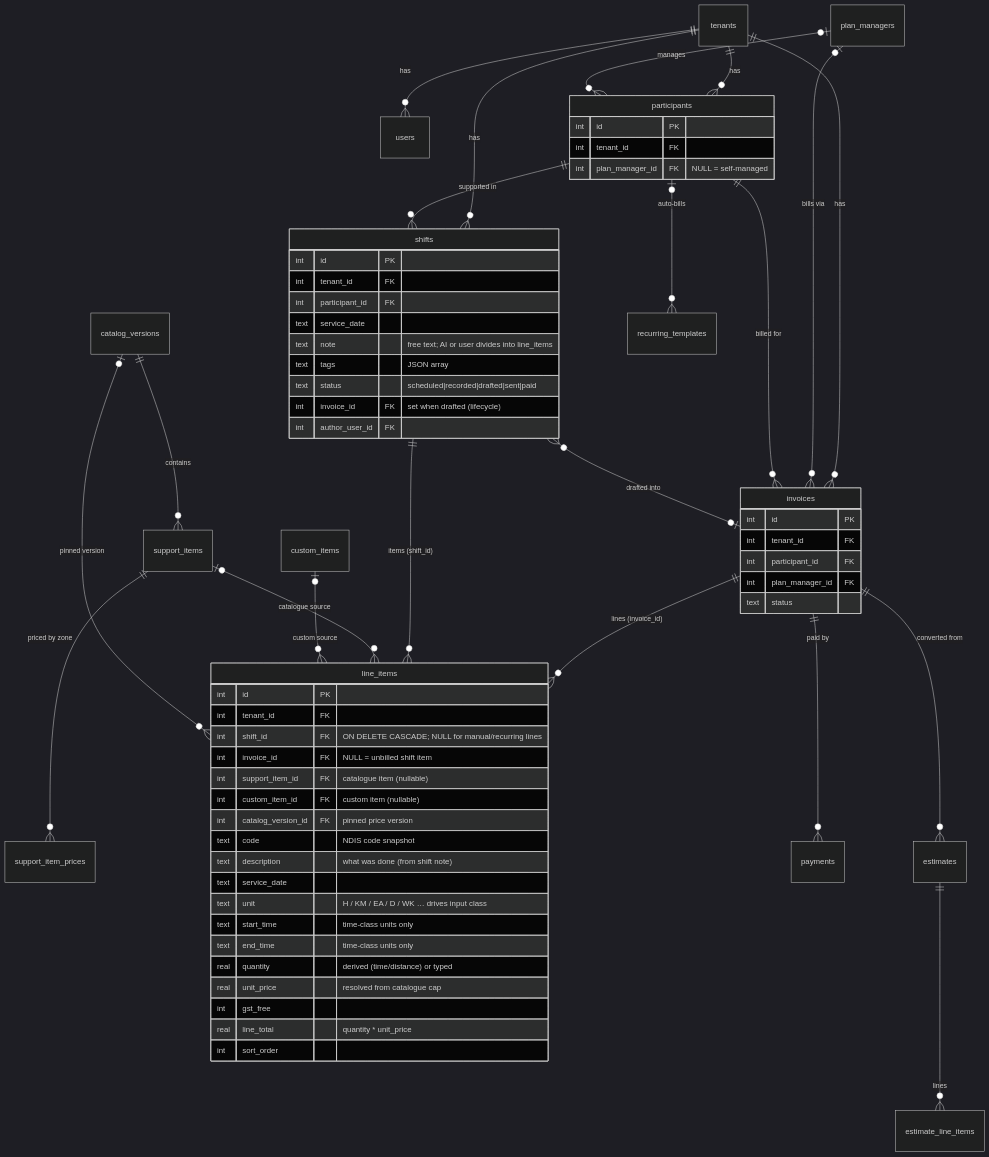
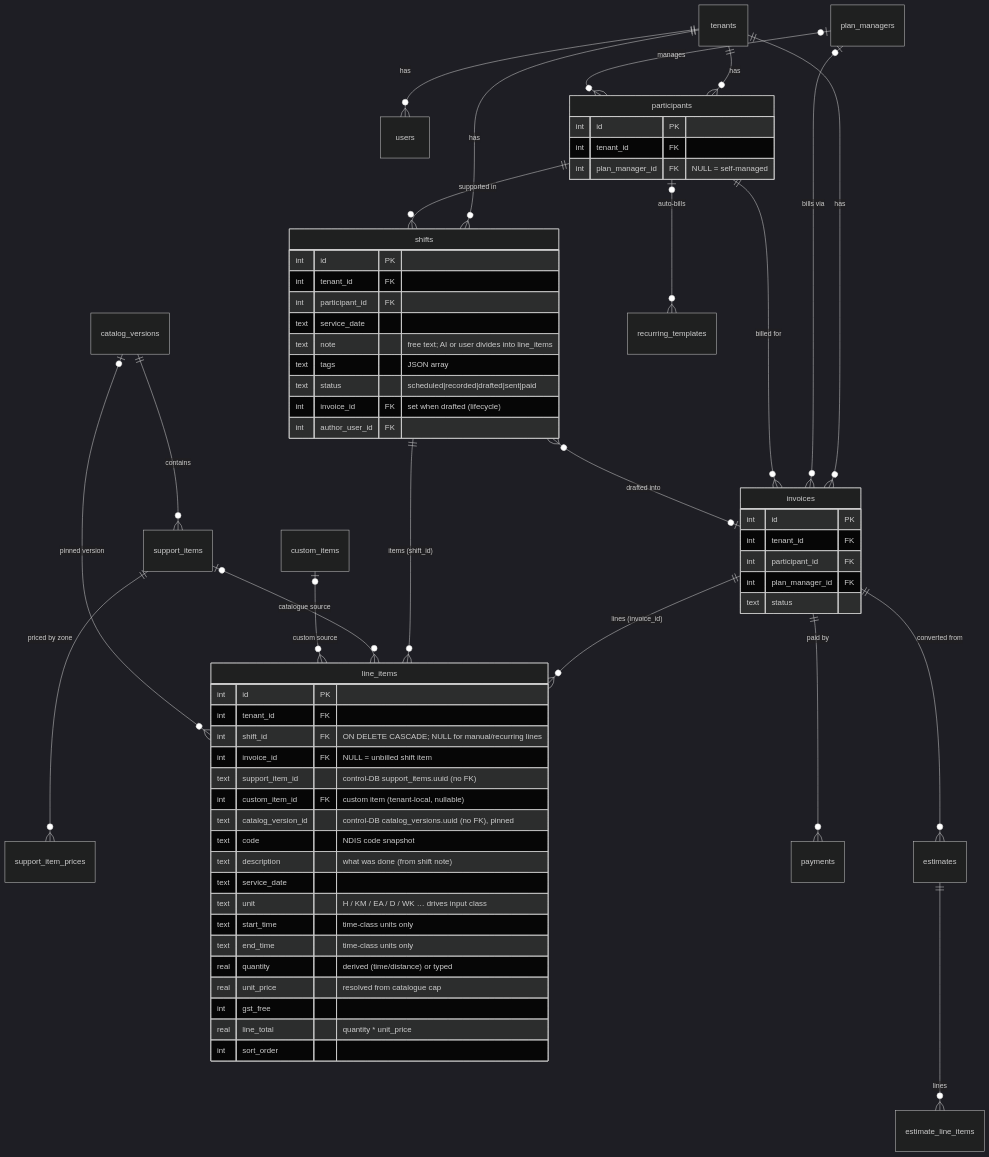
One commit to dknathalage/tallyo changed the diagram in docs/data-model.md. Above: the diagram before and after it, drawn with Mermaid (dark theme). The commit also changed other lines of this file and 1 other file, not shown here.

First line of the commit message:
docs: update CLAUDE.md + data-model.md for DB-per-tenant (Phase 8)

````diff
--- a/docs/data-model.md
+++ b/docs/data-model.md
@@ -16,74 +27,74 @@
 ```mermaid
 erDiagram
     tenants ||--o{ users : has
     tenants ||--o{ participants : has
     tenants ||--o{ invoices : has
     tenants ||--o{ shifts : has
 
     plan_managers |o--o{ participants : manages
     plan_managers |o--o{ invoices : "bills via"
     participants ||--o{ shifts : "supported in"
     participants ||--o{ invoices : "billed for"
 
     catalog_versions ||--o{ support_items : contains
     support_items ||--o{ support_item_prices : "priced by zone"
 
     invoices ||--o{ line_items : "lines (invoice_id)"
     shifts   ||--o{ line_items : "items (shift_id)"
     shifts   }o--o| invoices : "drafted into"
     support_items |o--o{ line_items : "catalogue source"
     custom_items  |o--o{ line_items : "custom source"
     catalog_versions |o--o{ line_items : "pinned version"
 
     invoices ||--o{ payments : "paid by"
     invoices ||--o{ estimates : "converted from"
     estimates ||--o{ estimate_line_items : lines
     participants |o--o{ recurring_templates : "auto-bills"
 
     line_items {
         int     id PK
         int     tenant_id FK
         int     shift_id   FK "ON DELETE CASCADE; NULL for manual/recurring lines"
         int     invoice_id FK "NULL = unbilled shift item"
-        int     support_item_id FK "catalogue item (nullable)"
-        int     custom_item_id  FK "custom item (nullable)"
-        int     catalog_version_id FK "pinned price version"
+        text    support_item_id "control-DB support_items.uuid (no FK)"
+        int     custom_item_id  FK "custom item (tenant-local, nullable)"
+        text    catalog_version_id "control-DB catalog_versions.uuid (no FK), pinned"
         text    code "NDIS code snapshot"
         text    description "what was done (from shift note)"
         text    service_date
         text    unit "H / KM / EA / D / WK … drives input class"
         text    start_time "time-class units only"
         text    end_time   "time-class units only"
         real    quantity "derived (time/distance) or typed"
         real    unit_price "resolved from catalogue cap"
         int     gst_free
         real    line_total "quantity * unit_price"
         int     sort_order
     }
 
     shifts {
         int  id PK
         int  tenant_id FK
         int  participant_id FK
         text service_date
         text note "free text; AI or user divides into line_items"
         text tags "JSON array"
         text status "scheduled|recorded|drafted|sent|paid"
         int  invoice_id FK "set when drafted (lifecycle)"
         int  author_user_id FK
     }
 
     invoices {
         int  id PK
         int  tenant_id FK
         int  participant_id FK
         int  plan_manager_id FK
         text status
     }
 
     participants {
         int  id PK
         int  tenant_id FK
         int  plan_manager_id FK "NULL = self-managed"
     }
 ```
````
